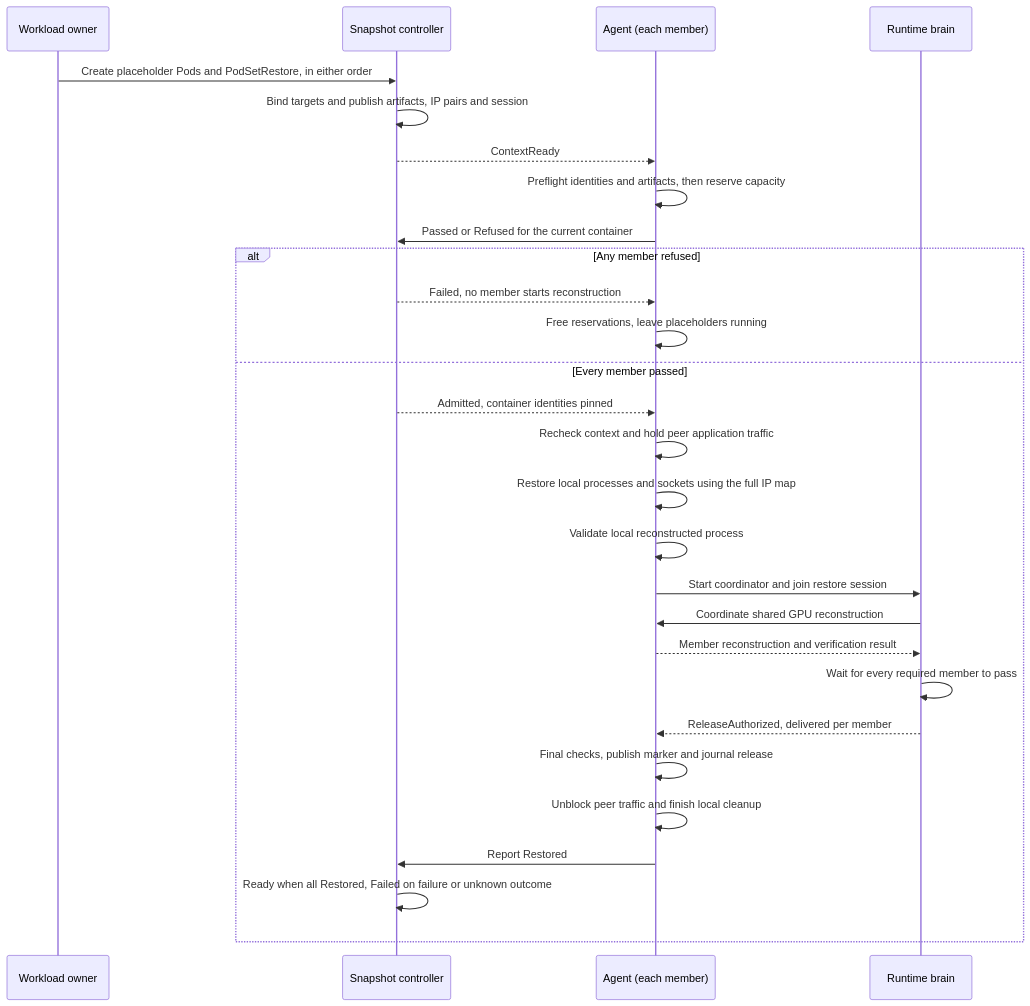
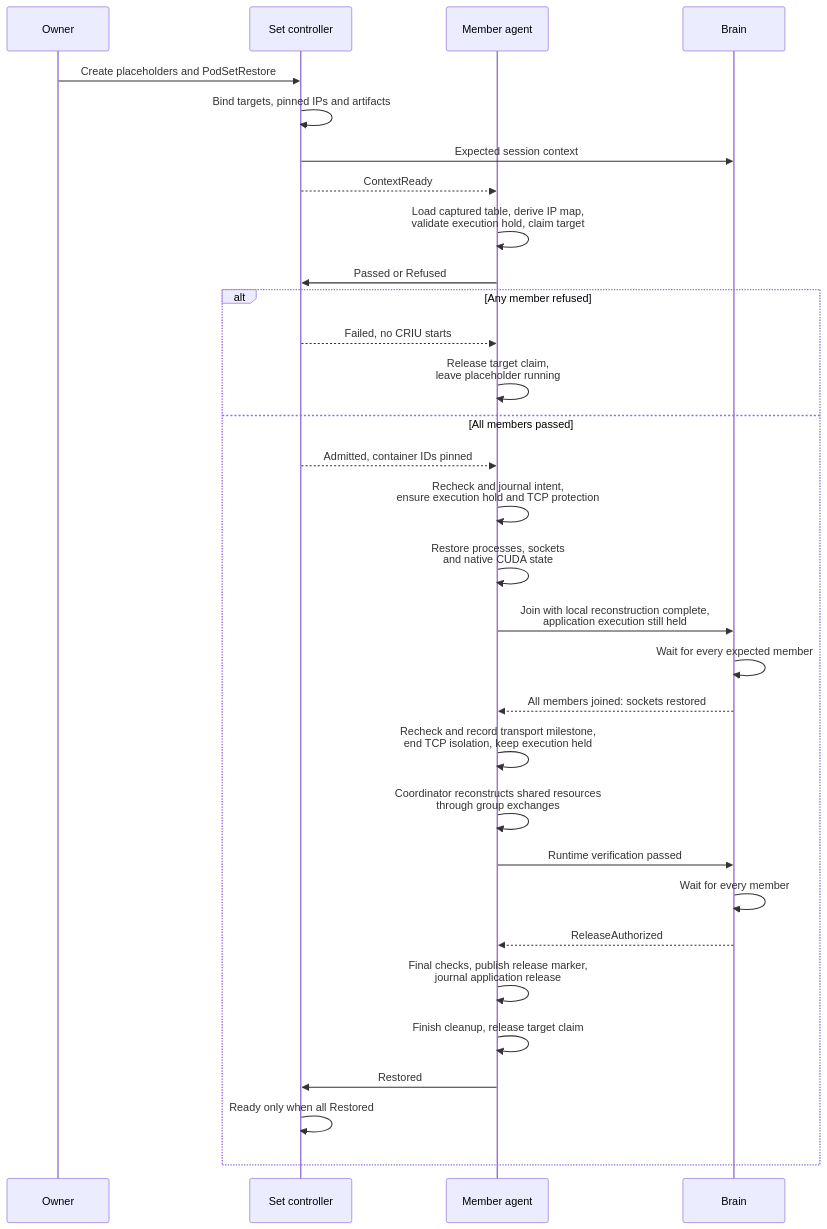
One commit to ai-dynamo/snapshot changed the fifth of 5 diagrams in docs/proposals/324-multi-pod-snapshot-restore/README.md. Above: the diagram before and after it, drawn with Mermaid. The commit also changed other lines of this file, not shown here.

Commit message:
docs: simplify multi-pod snapshot coordination

````diff
--- a/docs/proposals/324-multi-pod-snapshot-restore/README.md
+++ b/docs/proposals/324-multi-pod-snapshot-restore/README.md
@@ -1103,30 +1051,33 @@
 ```mermaid
 sequenceDiagram
-    participant O as Workload owner
-    participant C as Snapshot controller
-    participant A as Agent (each member)
-    participant B as Runtime brain
-    O->>C: Create placeholder Pods and PodSetRestore, in either order
-    C->>C: Bind targets and publish artifacts, IP pairs and session
+    participant O as Owner
+    participant C as Set controller
+    participant A as Member agent
+    participant B as Brain
+    O->>C: Create placeholders and PodSetRestore
+    C->>C: Bind targets, pinned IPs and artifacts
+    C->>B: Expected session context
     C-->>A: ContextReady
-    A->>A: Preflight identities and artifacts, then reserve capacity
-    A->>C: Passed or Refused for the current container
+    A->>A: Load captured table, derive IP map,<br/>validate execution hold, claim target
+    A->>C: Passed or Refused
     alt Any member refused
-        C-->>A: Failed, no member starts reconstruction
-        A->>A: Free reservations, leave placeholders running
-    else Every member passed
-        C-->>A: Admitted, container identities pinned
-        A->>A: Recheck context and hold peer application traffic
-        A->>A: Restore local processes and sockets using the full IP map
-        A->>A: Validate local reconstructed process
-        A->>B: Start coordinator and join restore session
-        B->>A: Coordinate shared GPU reconstruction
-        A-->>B: Member reconstruction and verification result
-        B->>B: Wait for every required member to pass
-        B-->>A: ReleaseAuthorized, delivered per member
-        A->>A: Final checks, publish marker and journal release
-        A->>A: Unblock peer traffic and finish local cleanup
-        A->>C: Report Restored
-        C->>C: Ready when all Restored, Failed on failure or unknown outcome
+        C-->>A: Failed, no CRIU starts
+        A->>A: Release target claim,<br/>leave placeholder running
+    else All members passed
+        C-->>A: Admitted, container IDs pinned
+        A->>A: Recheck and journal intent,<br/>ensure execution hold and TCP protection
+        A->>A: Restore processes, sockets<br/>and native CUDA state
+        A->>B: Join with local reconstruction complete,<br/>application execution still held
+        B->>B: Wait for every expected member
+        B-->>A: All members joined: sockets restored
+        A->>A: Recheck and record transport milestone,<br/>end TCP isolation, keep execution held
+        A->>A: Coordinator reconstructs shared resources<br/>through group exchanges
+        A->>B: Runtime verification passed
+        B->>B: Wait for every member
+        B-->>A: ReleaseAuthorized
+        A->>A: Final checks, publish release marker,<br/>journal application release
+        A->>A: Finish cleanup, release target claim
+        A->>C: Restored
+        C->>C: Ready only when all Restored
     end
 ```
````
